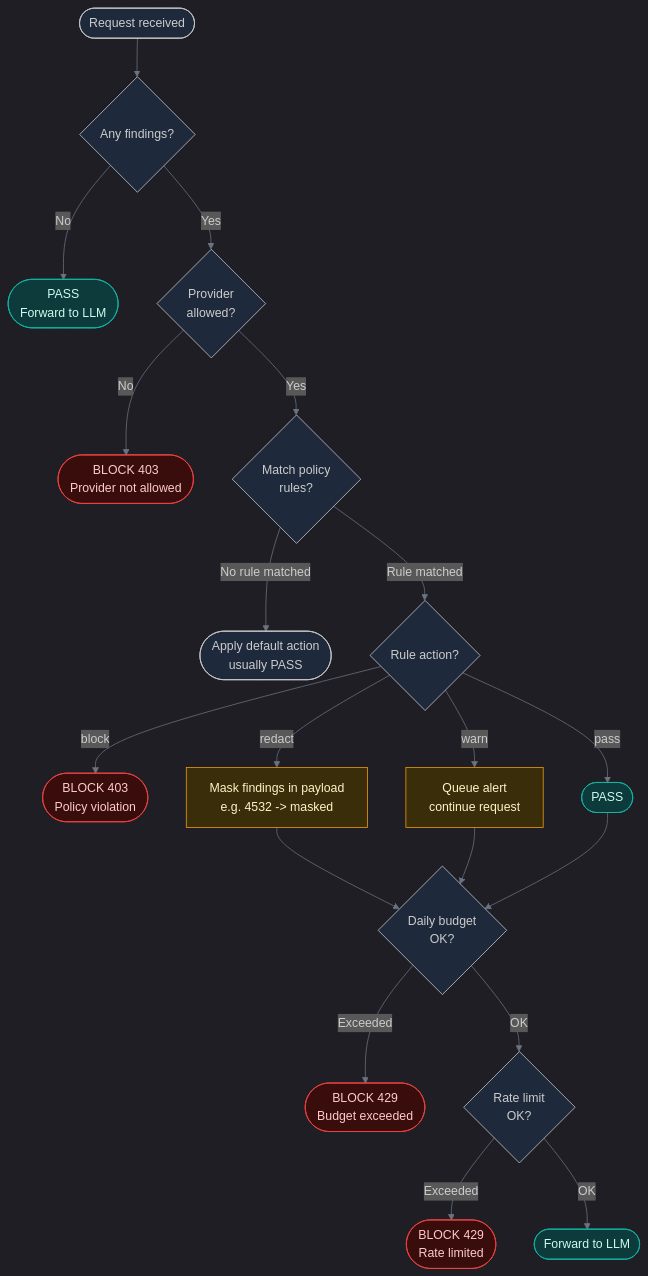
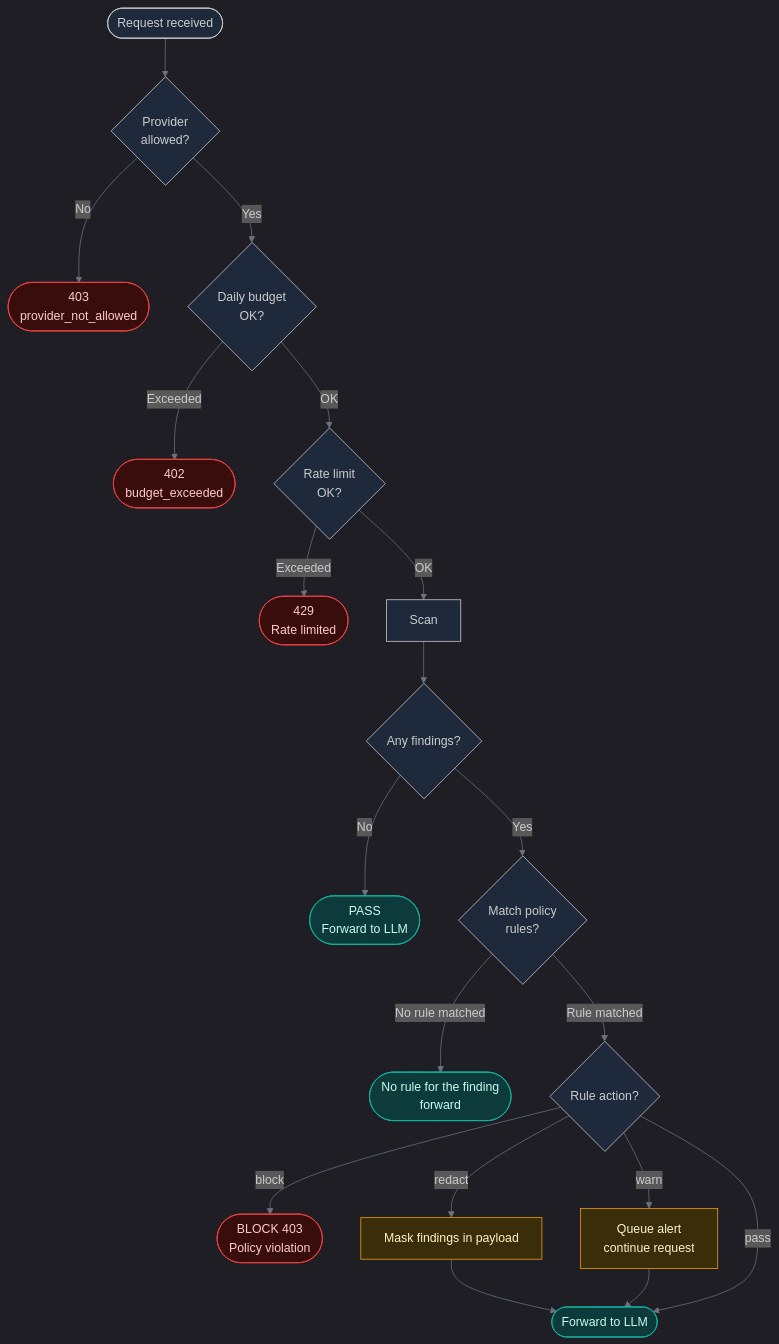
The fourth of 5 diagrams in docs/architecture/README.md (yatuk/tamga), drawn with Mermaid before and after one commit. The commit also changed other lines of this file and 16 other files, not shown here.

````diff
--- a/docs/architecture/README.md
+++ b/docs/architecture/README.md
@@ -219,47 +227,43 @@
 ```mermaid
 %%{init: {
   'theme': 'dark',
   'themeVariables': {
     'primaryColor': '#1e3a5f',
     'primaryTextColor': '#dbeafe',
     'primaryBorderColor': '#3b82f6',
     'lineColor': '#6b7280',
     'background': '#0f172a',
     'mainBkg': '#1e293b'
   }
 }}%%
 flowchart TD
-    Start([Request received]) --> HasFindings{Any findings?}
+    Start([Request received]) --> CheckProvider{Provider<br/>allowed?}
+
+    CheckProvider -->|No| Block403([403<br/>provider_not_allowed])
+    CheckProvider -->|Yes| CheckBudget{Daily budget<br/>OK?}
+
+    CheckBudget -->|Exceeded| Block402([402<br/>budget_exceeded])
+    CheckBudget -->|OK| CheckRate{Rate limit<br/>OK?}
+
+    CheckRate -->|Exceeded| Block429([429<br/>Rate limited])
+    CheckRate -->|OK| Scan[Scan] --> HasFindings{Any findings?}
 
     HasFindings -->|No| Pass([PASS<br/>Forward to LLM])
-    HasFindings -->|Yes| CheckProvider{Provider<br/>allowed?}
+    HasFindings -->|Yes| EvalRules{Match policy<br/>rules?}
 
-    CheckProvider -->|No| Block403([BLOCK 403<br/>Provider not allowed])
-    CheckProvider -->|Yes| EvalRules{Match policy<br/>rules?}
-
-    EvalRules -->|No rule matched| DefaultAction([Apply default action<br/>usually PASS])
+    EvalRules -->|No rule matched| DefaultAction([No rule for the finding<br/>forward])
     EvalRules -->|Rule matched| RuleAction{Rule action?}
 
     RuleAction -->|block| Block403b([BLOCK 403<br/>Policy violation])
-    RuleAction -->|redact| Mask[Mask findings in payload<br/>e.g. 4532 -> masked]
-    RuleAction -->|warn| Webhook[Queue alert<br/>continue request]
-    RuleAction -->|pass| PassRule([PASS])
-
-    Mask --> CheckBudget{Daily budget<br/>OK?}
-    Webhook --> CheckBudget
-    PassRule --> CheckBudget
-
-    CheckBudget -->|Exceeded| Block429([BLOCK 429<br/>Budget exceeded])
-    CheckBudget -->|OK| CheckRate{Rate limit<br/>OK?}
-
-    CheckRate -->|Exceeded| Block429b([BLOCK 429<br/>Rate limited])
-    CheckRate -->|OK| Forward([Forward to LLM])
+    RuleAction -->|redact| Mask[Mask findings in payload] --> Forward([Forward to LLM])
+    RuleAction -->|warn| Webhook[Queue alert<br/>continue request] --> Forward
+    RuleAction -->|pass| Forward
 
     classDef pass fill:#0d3a3a,stroke:#14b8a6,color:#ccfbf1
     classDef block fill:#3a0d0d,stroke:#ef4444,color:#fecaca
     classDef warn fill:#3a2d0a,stroke:#f59e0b,color:#fef3c7
 
-    class Pass,PassRule,Forward pass
-    class Block403,Block403b,Block429,Block429b block
+    class Pass,Forward,DefaultAction pass
+    class Block403,Block403b,Block402,Block429 block
     class Mask,Webhook warn
 ```
````
